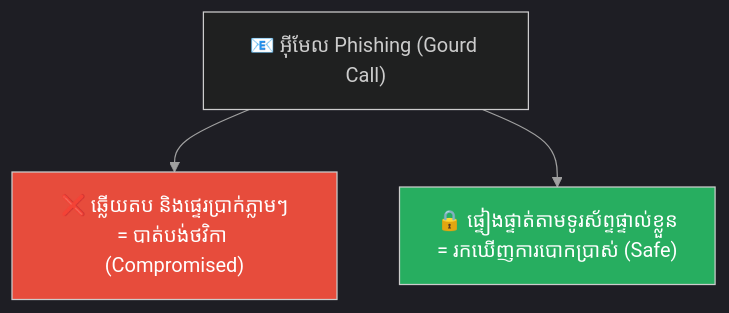
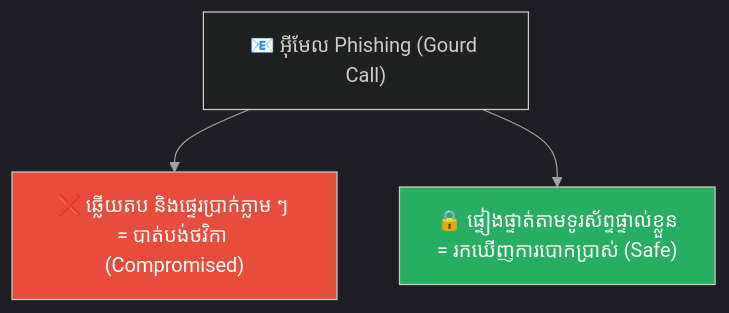
The second of 3 diagrams in feeds/concepts/parables/255-the-magic-gourd-and-the-trap-of-response.md (GuideStack/iblogger-feeds), drawn with Mermaid before and after one commit. The commit also changed other lines of this file and 11 other files, not shown here.

````diff
--- a/feeds/concepts/parables/255-the-magic-gourd-and-the-trap-of-response.md
+++ b/feeds/concepts/parables/255-the-magic-gourd-and-the-trap-of-response.md
@@ -106,17 +106,17 @@
 ```mermaid
 %%{init: {
   'theme': 'dark',
   'themeVariables': {
     'background': '#1e1e1e',
     'primaryTextColor': '#ffffff',
     'lineColor': '#a0a0a0'
   },
   'themeCSS': 'svg { background-color: #1e1e1e !important; padding: 1rem !important; border-radius: 8px !important; } .edgeLabel rect { fill: #1e1e1e !important; } text, tspan { fill: #ffffff !important; }'
 } }%%
 graph TD
-    A["📧 អ៊ីមែល Phishing (Gourd Call)"] --> B["❌ ឆ្លើយតប និងផ្ទេរប្រាក់ភ្លាមៗ<br/>= បាត់បង់ថវិកា (Compromised)"]
+    A["📧 អ៊ីមែល Phishing (Gourd Call)"] --> B["❌ ឆ្លើយតប និងផ្ទេរប្រាក់ភ្លាម ៗ <br/>= បាត់បង់ថវិកា (Compromised)"]
     A --> C["🔒 ផ្ទៀងផ្ទាត់តាមទូរស័ព្ទផ្ទាល់ខ្លួន<br/>= រកឃើញការបោកប្រាស់ (Safe)"]
 
     style B fill:#e74c3c,color:#fff
     style C fill:#27ae60,color:#fff
 ```
````
